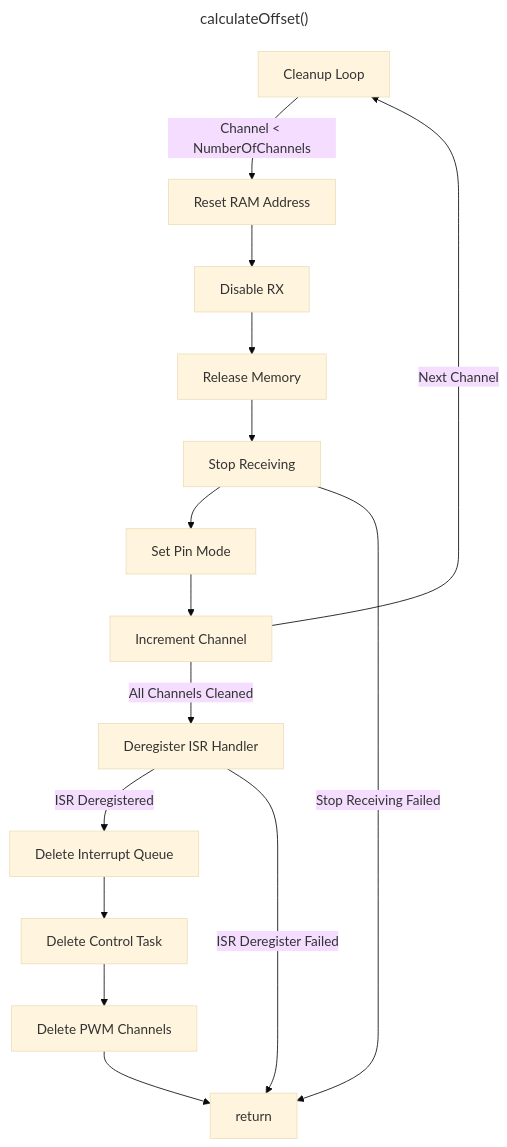
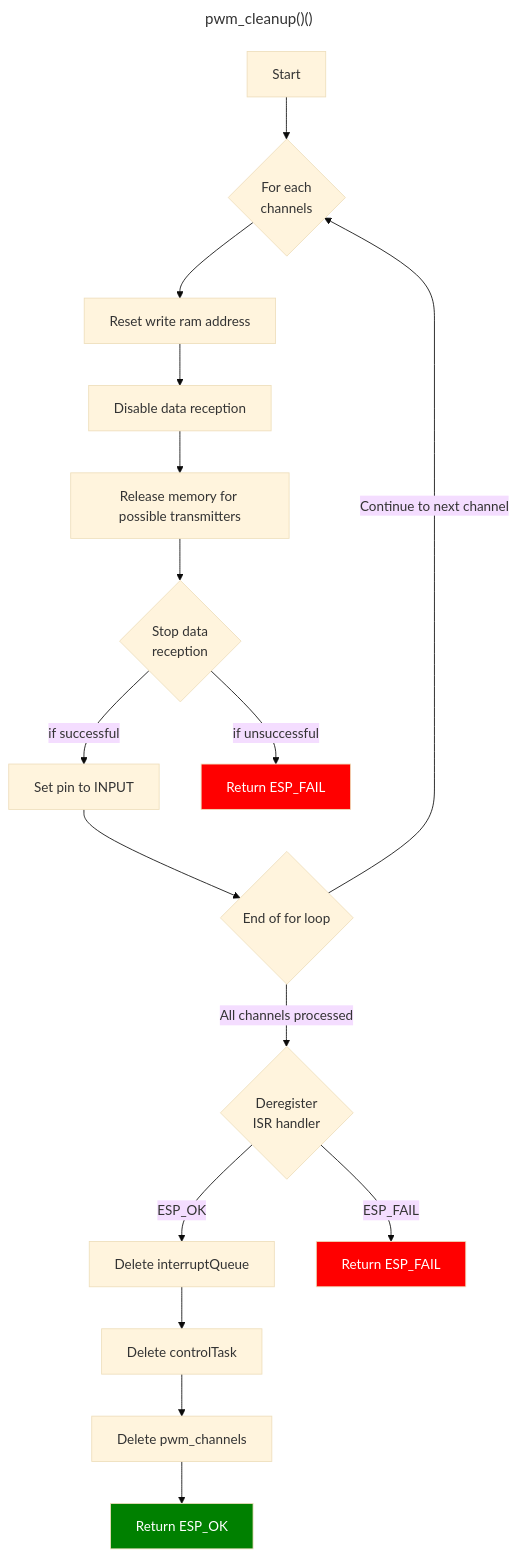
One commit to rewegit/esp32-rmt-pwm-reader changed the ninth of 9 diagrams in docs/HowItWorks.md. Above: the diagram before and after it, drawn with Mermaid. The commit also changed 1 other file, not shown here.

````diff
--- a/docs/HowItWorks.md
+++ b/docs/HowItWorks.md
@@ -326,22 +326,27 @@
 ```mermaid
 ---
-title:  calculateOffset()
+title: pwm_cleanup()()
 ---
-%%{ init: {'theme': 'base', "graph": {"htmlLabels": true}} }%%
-flowchart TD
-    cleanupLoop[Cleanup Loop]
-    cleanupLoop -->|Channel < NumberOfChannels| resetRAM[Reset RAM Address]
-    resetRAM --> disableRx[Disable RX]
-    disableRx --> releaseMemory[Release Memory]
-    releaseMemory --> stopReceiving[Stop Receiving]
-    stopReceiving --> setPinMode[Set Pin Mode]
-    setPinMode --> incrementChannel[Increment Channel]
-    incrementChannel -->|Next Channel| cleanupLoop
-    incrementChannel -->|All Channels Cleaned| deregisterISR[Deregister ISR Handler]
-    deregisterISR -->|ISR Deregistered| deleteQueue[Delete Interrupt Queue]
-    deleteQueue --> deleteTask[Delete Control Task]
-    deleteTask -->deleteChannels[Delete PWM Channels]
-    deleteChannels --> return
-    stopReceiving -->|Stop Receiving Failed| return
-    deregisterISR -->|ISR Deregister Failed| return
+%%{init:{"theme":"base"}}%%
+
+graph TB
+    Start --> ForLoop{For each<br>channels}
+    ForLoop --> RST[Reset write ram address]
+    RST --> DISRX[Disable data reception]
+    DISRX --> RELMEM[Release memory for possible transmitters]
+    RELMEM --> STOPRX{Stop data<br>reception}
+    STOPRX -- if successful --> SetPIN[Set pin to INPUT]
+    STOPRX -- if unsuccessful --> ReturnFAIL1[Return ESP_FAIL]
+    SetPIN --> EndForLoop{End of for loop}
+    EndForLoop -- Continue to next channel --> ForLoop
+    EndForLoop -- All channels processed --> DEREGISR{Deregister<br>ISR handler}
+    DEREGISR -- ESP_OK --> DELETEQ[Delete interruptQueue]
+    DEREGISR -- ESP_FAIL --> ReturnFAIL2[Return ESP_FAIL]
+    DELETEQ --> DELETETASK[Delete controlTask]
+    DELETETASK --> DELETECHAN[Delete pwm_channels]
+    DELETECHAN --> ReturnOK[Return ESP_OK]
+
+    style ReturnFAIL1 fill: red,color:white
+    style ReturnFAIL2 fill: red,color:white
+    style ReturnOK fill: green,color:white
 ```
````
